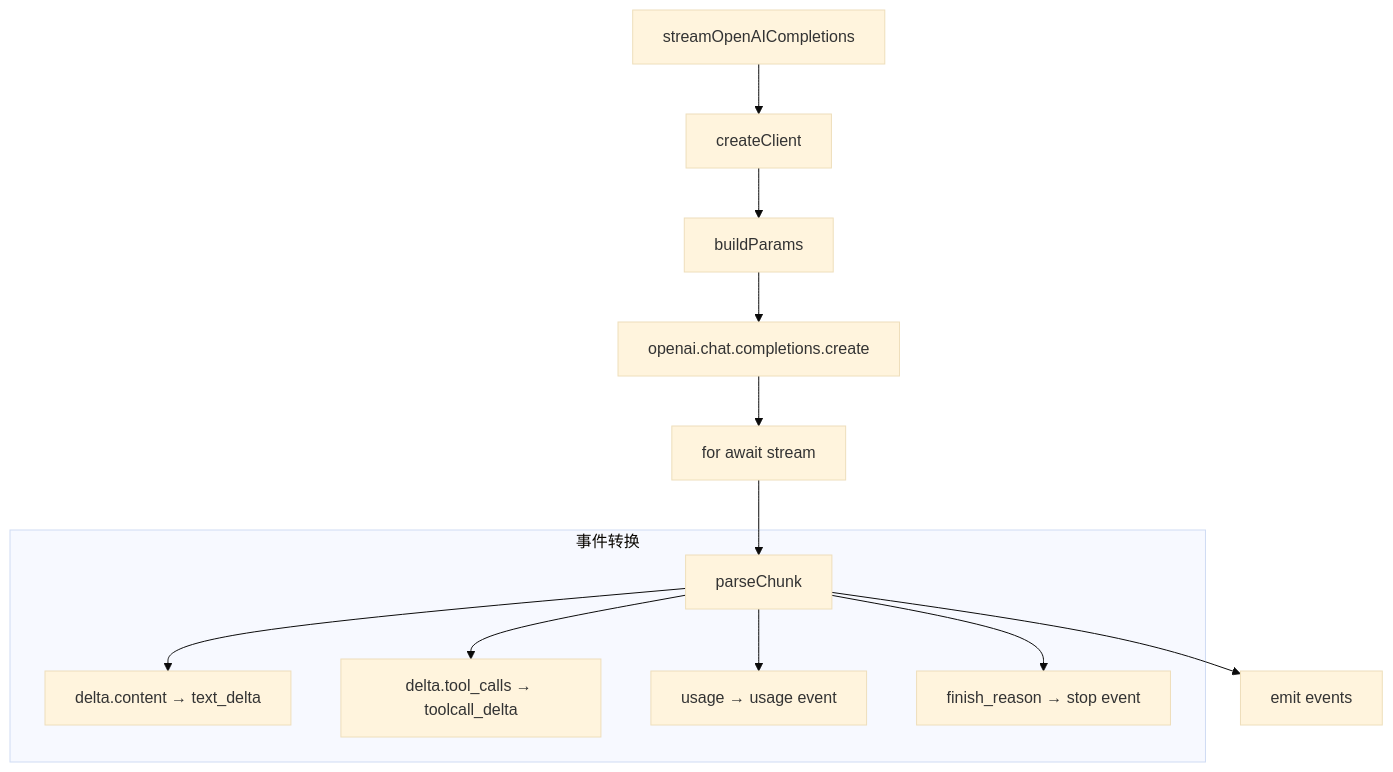
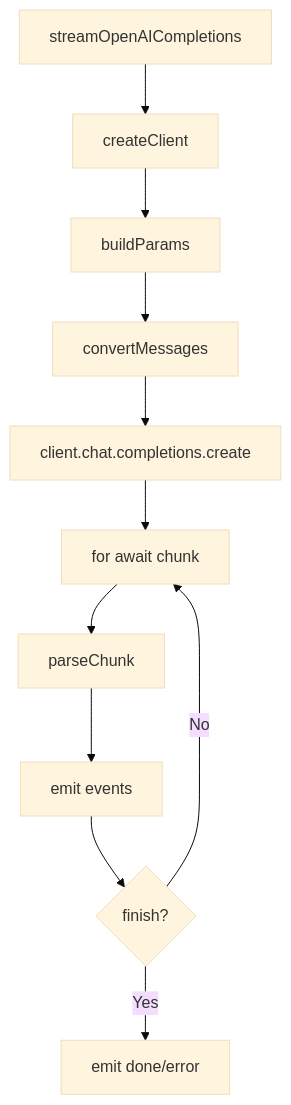
One commit to cloudyan/pi-mono changed the diagram in docs/pi-mono-tutorial/2_pi_ai/provider/openai-completions.md. Above: the diagram before and after it, drawn with Mermaid (base theme). The commit also changed other lines of this file and 3 other files, not shown here.

````diff
--- a/docs/pi-mono-tutorial/2_pi_ai/provider/openai-completions.md
+++ b/docs/pi-mono-tutorial/2_pi_ai/provider/openai-completions.md
@@ -50,16 +49,13 @@
 ```mermaid
 flowchart TD
     A[streamOpenAICompletions] --> B[createClient]
     B --> C[buildParams]
-    C --> D[openai.chat.completions.create]
-    D --> E[for await stream]
-    E --> F[parseChunk]
-    F --> G[emit events]
-
-    subgraph "事件转换"
-        F --> F1[delta.content → text_delta]
-        F --> F2[delta.tool_calls → toolcall_delta]
-        F --> F3[usage → usage event]
-        F --> F4[finish_reason → stop event]
-    end
+    C --> D[convertMessages]
+    D --> E[client.chat.completions.create]
+    E --> F[for await chunk]
+    F --> G[parseChunk]
+    G --> H[emit events]
+    H --> I{finish?}
+    I -->|No| F
+    I -->|Yes| J[emit done/error]
 ```
````
